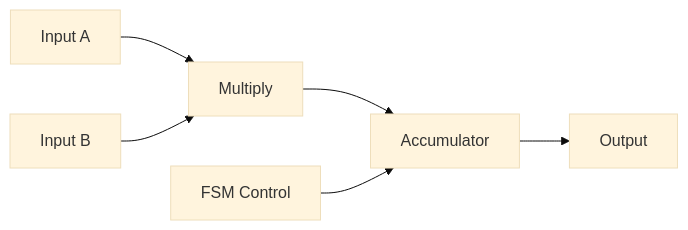
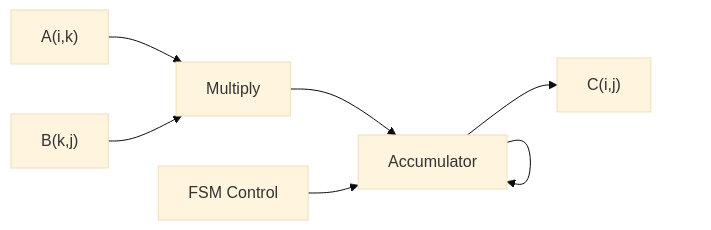
One commit to siddhaantxsingh/Comparative-Analysis-Of-Different-Kind-of-Matrix-Multipliers-Using-Verilog changed the first of 3 diagrams in README.md. Above: the diagram before and after it, drawn with Mermaid (base theme). The commit also changed other lines of this file, not shown here.

````diff
--- a/README.md
+++ b/README.md
@@ -40,8 +41,9 @@
 ```mermaid
 flowchart LR
-    A["Input A"] --> M["Multiply"]
-    B["Input B"] --> M
+    A["A(i,k)"] --> M["Multiply"]
+    B["B(k,j)"] --> M
     M --> ACC["Accumulator"]
-    ACC --> OUT["Output"]
+    ACC --> ACC
     FSM["FSM Control"] --> ACC
+    ACC --> OUT["C(i,j)"]
 ```
````
